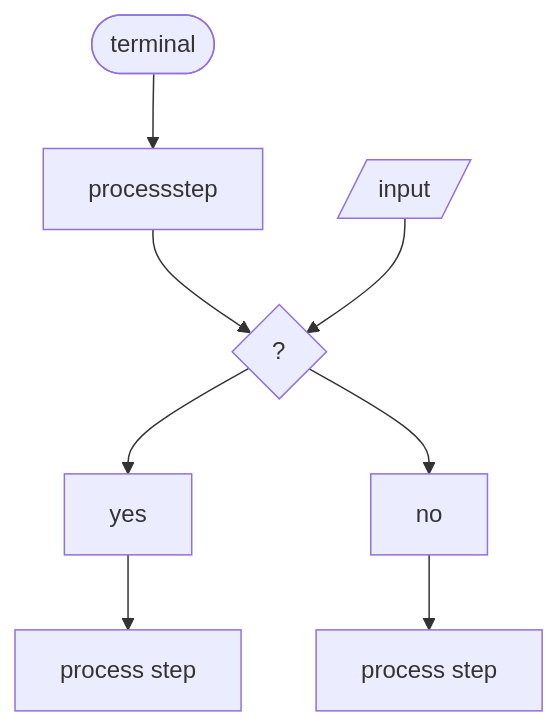
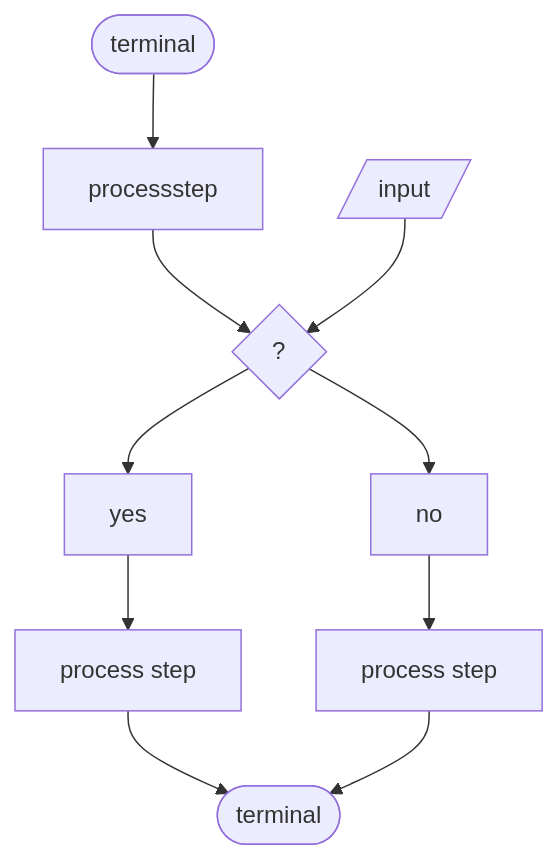
Before and after one commit to kairos310/notebook: the second of 12 diagrams in Software Engineering/System Architecture and Design.md, drawn with Mermaid. The commit also changed other lines of this file and 29 other files, not shown here.

````diff
--- a/Software Engineering/System Architecture and Design.md
+++ b/Software Engineering/System Architecture and Design.md
@@ -38,14 +38,15 @@
 ```mermaid
 flowchart TB
 	start([terminal])
 	step1[processstep]
 	start --> step1
 	branch{?}
 	step1 --> branch
 	input1 --> branch
 	branch --> yes --> step2
 	branch --> no --> step3
-	step2[process step]
-	step3[process step]
+	stop([terminal])
+	step2[process step] --> stop
+	step3[process step] --> stop
 	input1[/input/]
 ```
````
